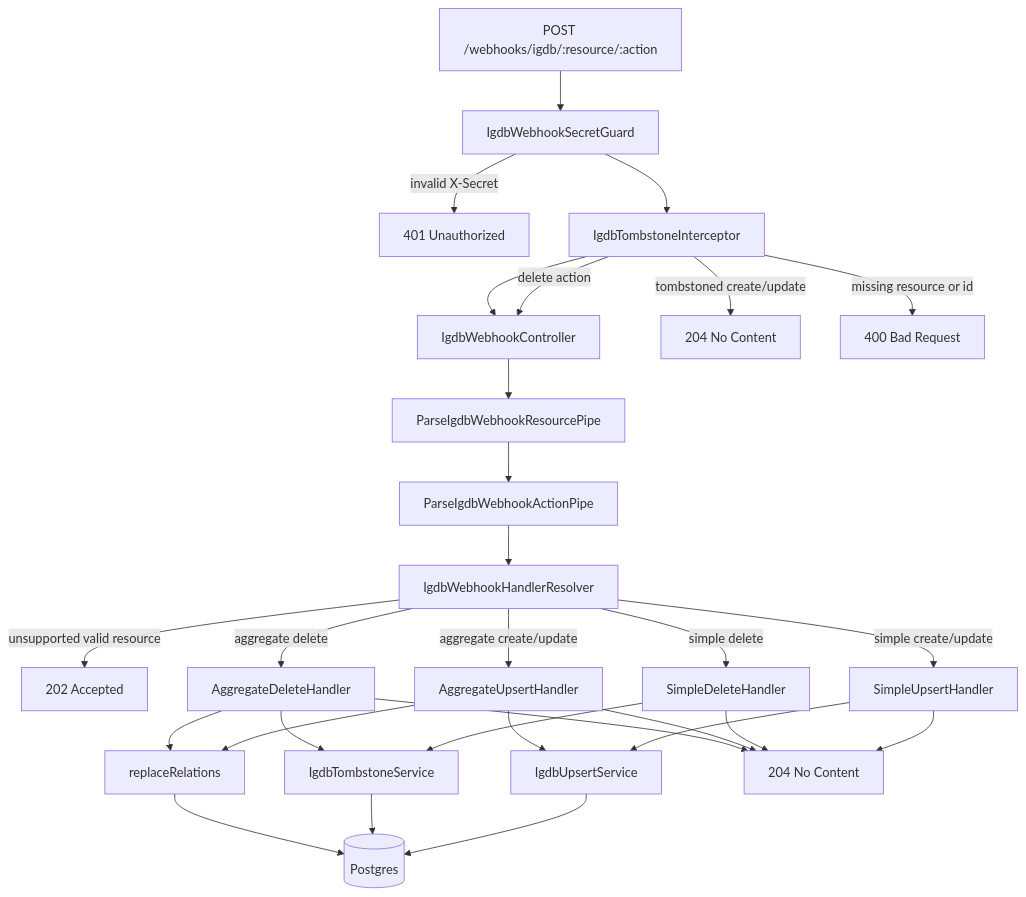
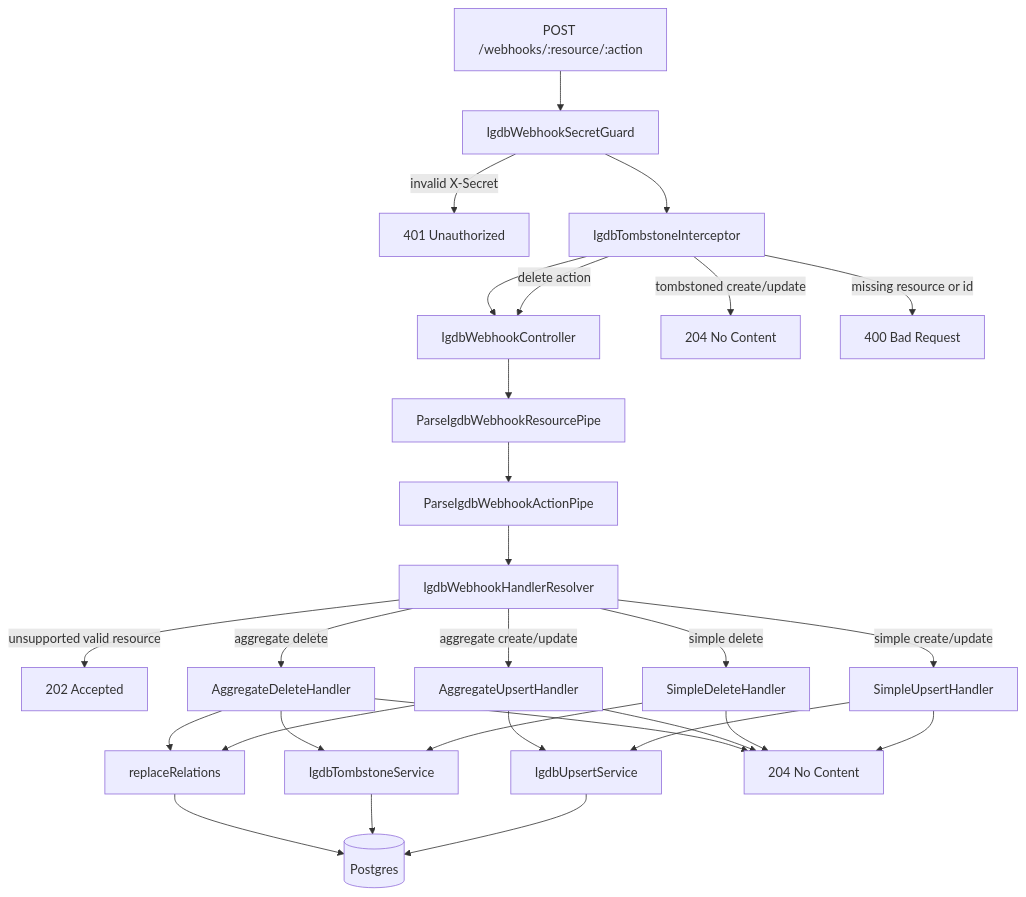
Before and after one commit to opista/stakload: the diagram in apps/api-webhook/README.md, drawn with Mermaid. The commit also changed other lines of this file and 29 other files, not shown here.

````diff
--- a/apps/api-webhook/README.md
+++ b/apps/api-webhook/README.md
@@ -18,31 +18,31 @@
 ```mermaid
 flowchart TD
-  A[POST /webhooks/igdb/:resource/:action] --> B[IgdbWebhookSecretGuard]
+  A[POST /webhooks/:resource/:action] --> B[IgdbWebhookSecretGuard]
   B -->|invalid X-Secret| X1[401 Unauthorized]
   B --> C[IgdbTombstoneInterceptor]
   C -->|delete action| D[IgdbWebhookController]
   C -->|tombstoned create/update| X2[204 No Content]
   C -->|missing resource or id| X3[400 Bad Request]
   C --> D
   D --> E[ParseIgdbWebhookResourcePipe]
   E --> F[ParseIgdbWebhookActionPipe]
   F --> G[IgdbWebhookHandlerResolver]
   G -->|unsupported valid resource| X4[202 Accepted]
   G -->|simple create/update| H[SimpleUpsertHandler]
   G -->|simple delete| I[SimpleDeleteHandler]
   G -->|aggregate create/update| J[AggregateUpsertHandler]
   G -->|aggregate delete| K[AggregateDeleteHandler]
   H --> L[IgdbUpsertService]
   I --> M[IgdbTombstoneService]
   J --> L
   J --> N[replaceRelations]
   K --> M
   K --> N
   L --> O[(Postgres)]
   M --> O
   N --> O
   H --> Y[204 No Content]
   I --> Y
   J --> Y
   K --> Y
 ```
````
